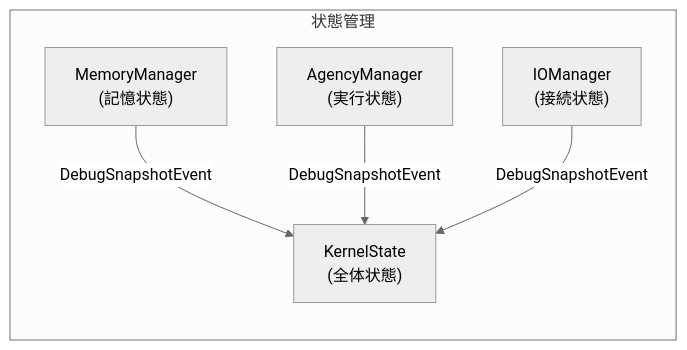
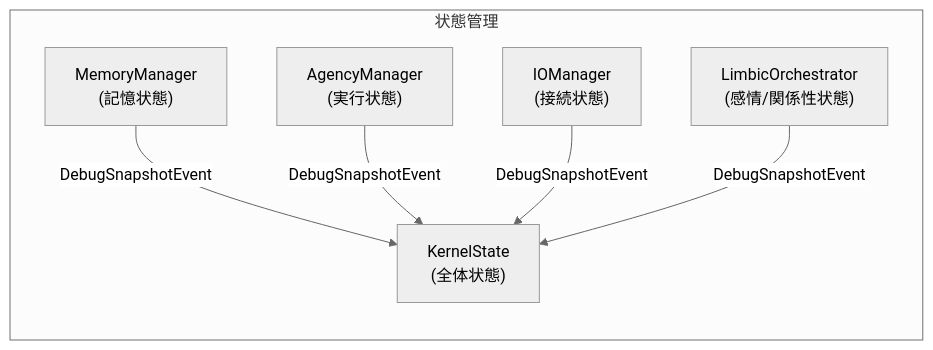
The third of 4 diagrams in docs/architecture.md (ibukani/iris-mind), drawn with Mermaid (neutral theme) before and after one commit. The commit also changed other lines of this file and 2 other files, not shown here.

Commit message:
docs: Limbic層のドキュメントとarchitecture図・AGENTS.mdを更新

````diff
--- a/docs/architecture.md
+++ b/docs/architecture.md
@@ -373,13 +396,15 @@
 ```mermaid
 flowchart LR
     subgraph L["状態管理"]
         KS["KernelState<br/>(全体状態)"]
         MS["MemoryManager<br/>(記憶状態)"]
         AS["AgencyManager<br/>(実行状態)"]
         IS["IOManager<br/>(接続状態)"]
+        LS["LimbicOrchestrator<br/>(感情/関係性状態)"]
     end
 
     MS -->|DebugSnapshotEvent| KS
     AS -->|DebugSnapshotEvent| KS
     IS -->|DebugSnapshotEvent| KS
+    LS -->|DebugSnapshotEvent| KS
 ```
````
